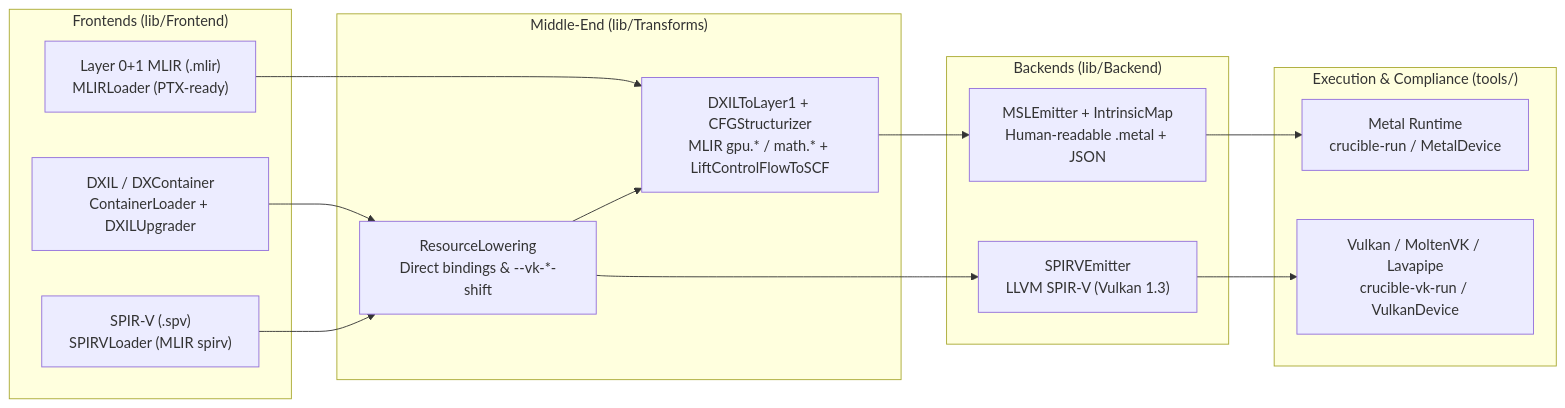
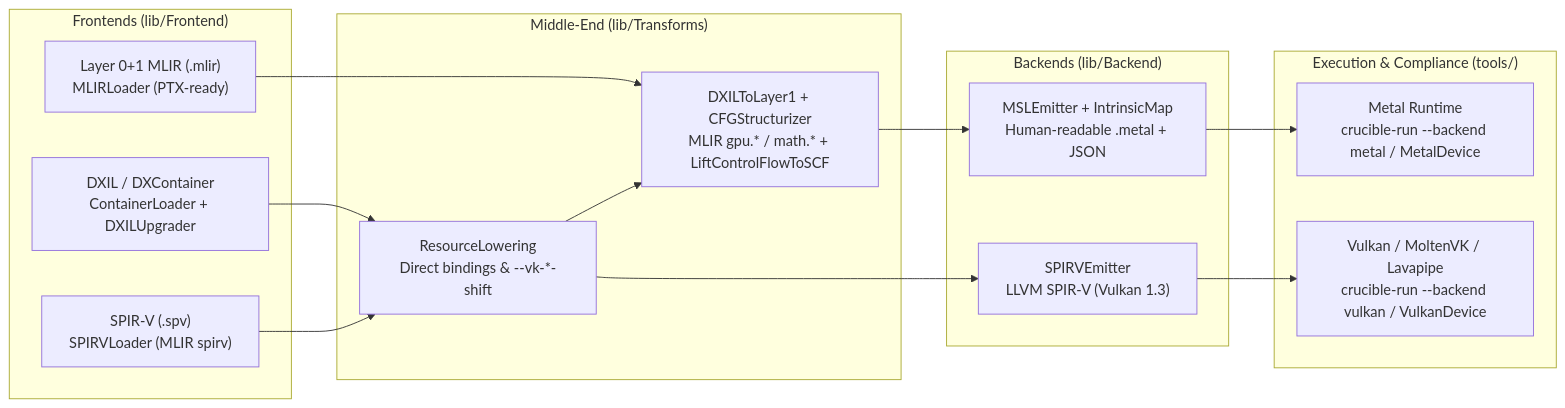
One commit to farzonl/crucible changed the first of 2 diagrams in README.md. Above: the diagram before and after it, drawn with Mermaid. The commit also changed other lines of this file and 17 other files, not shown here.

Commit message:
Unify crucible-run and crucible-vk-run with --backend flag (#166)

````diff
--- a/README.md
+++ b/README.md
@@ -43,29 +43,29 @@
 ```mermaid
 flowchart LR
     subgraph Frontends["Frontends (lib/Frontend)"]
         DXIL["DXIL / DXContainer\nContainerLoader + DXILUpgrader"]
         SPVIn["SPIR-V (.spv)\nSPIRVLoader (MLIR spirv)"]
         MLIRIn["Layer 0+1 MLIR (.mlir)\nMLIRLoader (PTX-ready)"]
     end
 
     subgraph Transforms["Middle-End (lib/Transforms)"]
         Res["ResourceLowering\nDirect bindings & --vk-*-shift"]
         L1["DXILToLayer1 + CFGStructurizer\nMLIR gpu.* / math.* + LiftControlFlowToSCF"]
     end
 
     subgraph Backends["Backends (lib/Backend)"]
         MSL["MSLEmitter + IntrinsicMap\nHuman-readable .metal + JSON"]
         SPVOut["SPIRVEmitter\nLLVM SPIR-V (Vulkan 1.3)"]
     end
 
     subgraph Runners["Execution & Compliance (tools/)"]
-        Metal["Metal Runtime\ncrucible-run / MetalDevice"]
-        Vulkan["Vulkan / MoltenVK / Lavapipe\ncrucible-vk-run / VulkanDevice"]
+        Metal["Metal Runtime\ncrucible-run --backend metal / MetalDevice"]
+        Vulkan["Vulkan / MoltenVK / Lavapipe\ncrucible-run --backend vulkan / VulkanDevice"]
     end
 
     DXIL --> Res
     SPVIn --> Res
     MLIRIn --> L1
     Res --> L1 --> MSL --> Metal
     Res --> SPVOut --> Vulkan
 ```
````
